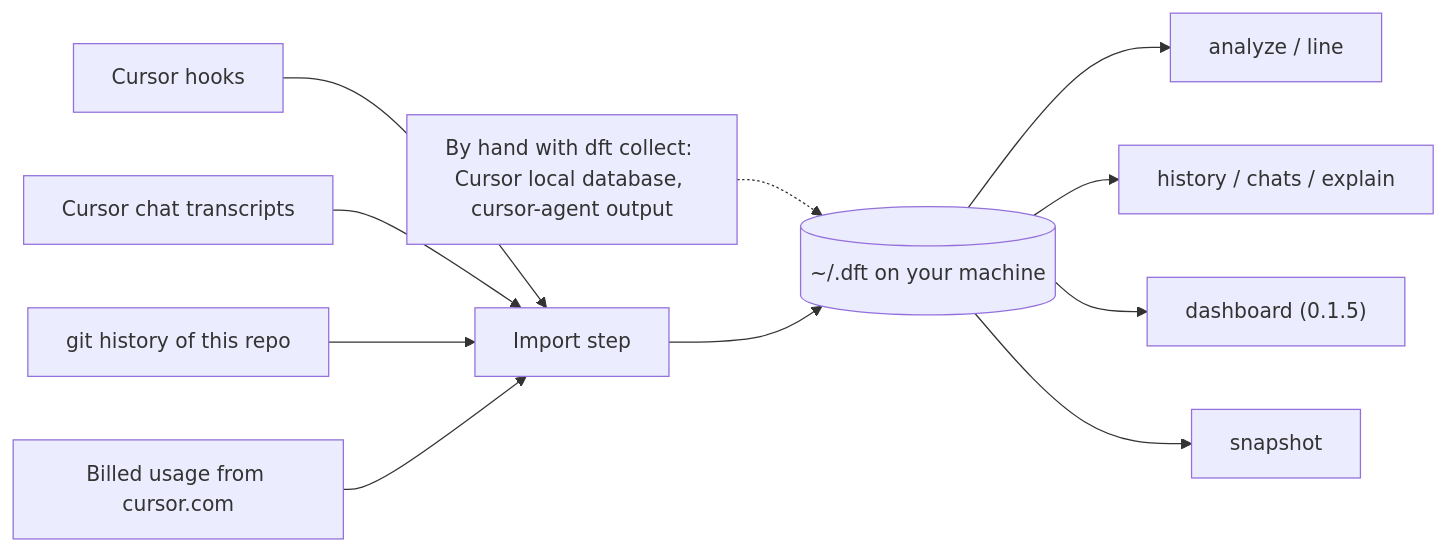
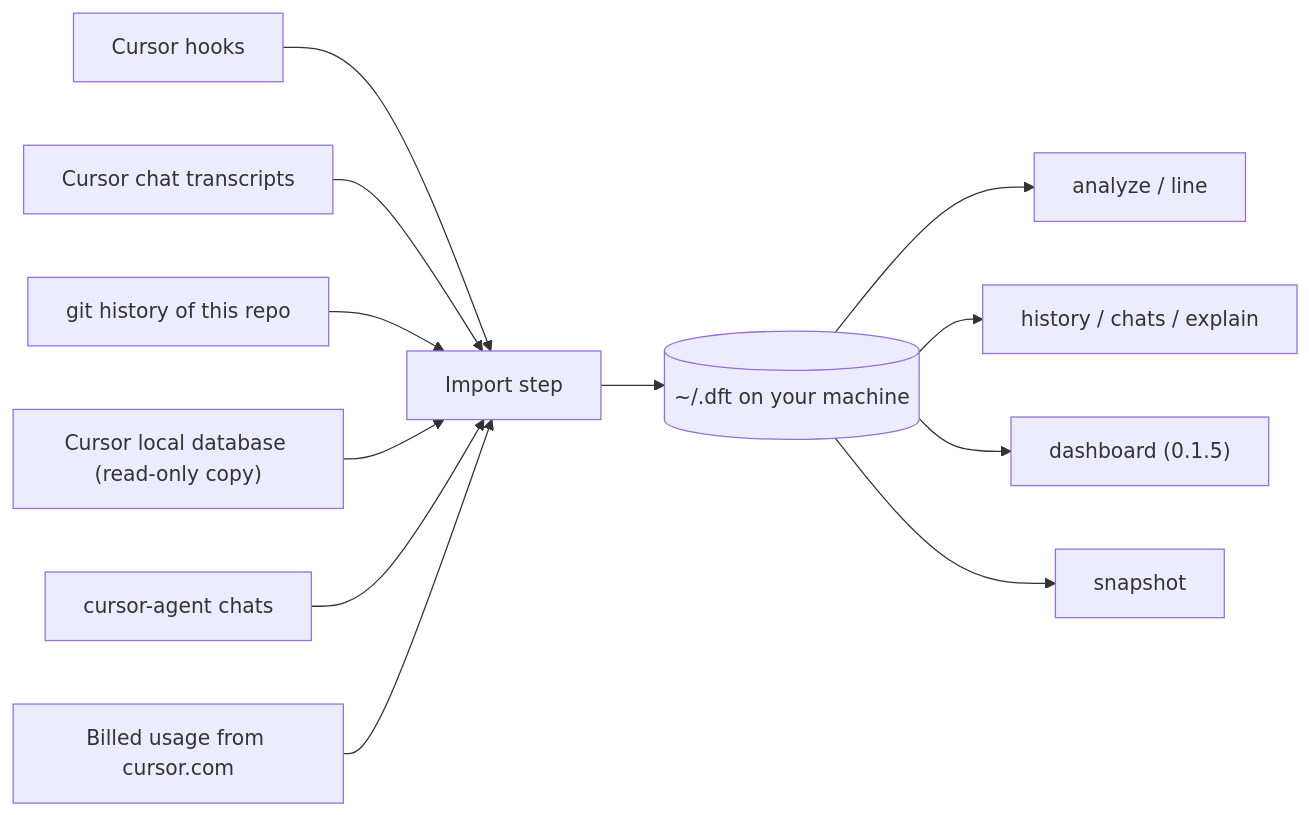
Before and after one commit to BleedingDev/dx-feature-tracker: the first of 19 diagrams in docs/HOW-IT-WORKS.md, drawn with Mermaid. The commit also changed other lines of this file and 2 other files, not shown here.

Commit message:
fix(test): C08 waits for every MCP response instead of a fixed timer; docs: Cursor local DB and cursor-agent chats are imported automatically

````diff
--- a/docs/HOW-IT-WORKS.md
+++ b/docs/HOW-IT-WORKS.md
@@ -48,13 +48,14 @@
 ```mermaid
 flowchart LR
     hooks["Cursor hooks"] --> sync["Import step"]
     chats["Cursor chat transcripts"] --> sync
     git["git history of this repo"] --> sync
+    localdb["Cursor local database (read-only copy)"] --> sync
+    agent["cursor-agent chats"] --> sync
     usage["Billed usage from cursor.com"] --> sync
-    manual["By hand with dft collect: Cursor local database, cursor-agent output"] -.-> store
     sync --> store[("~/.dft on your machine")]
     store --> a["analyze / line"]
     store --> h["history / chats / explain"]
     store --> d["dashboard (0.1.5)"]
     store --> s["snapshot"]
 ```
````
